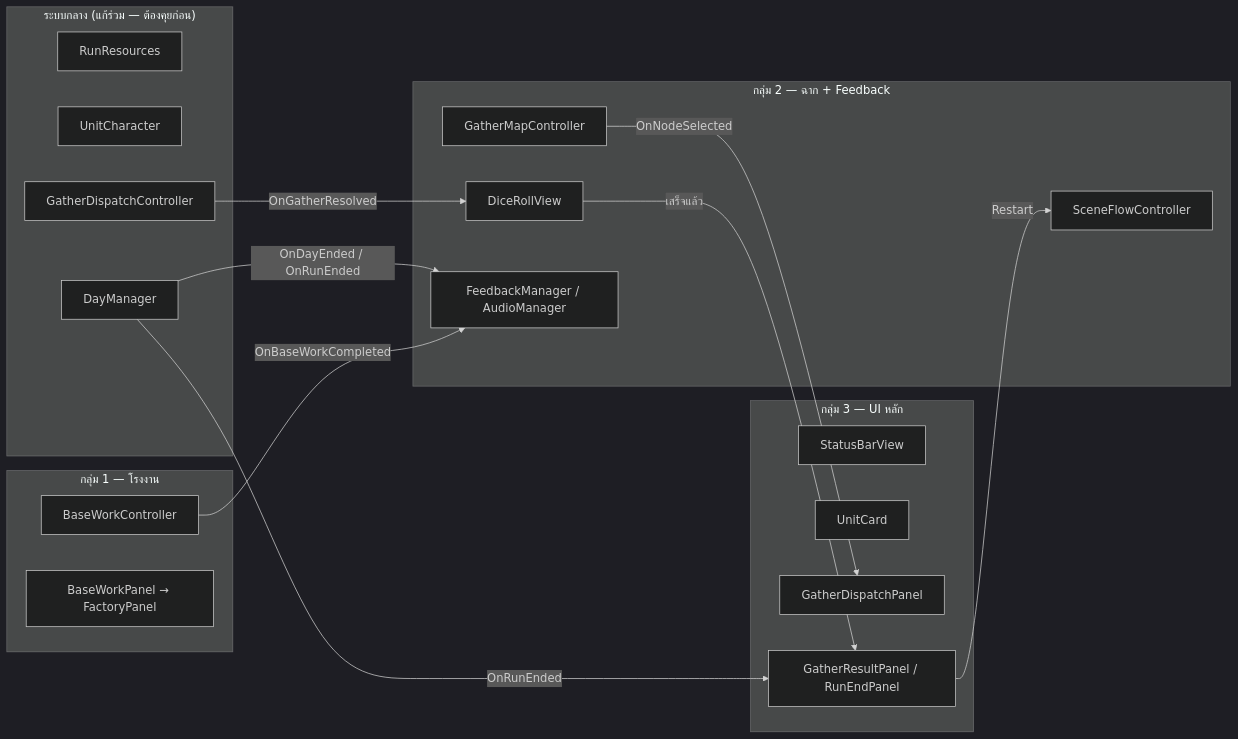
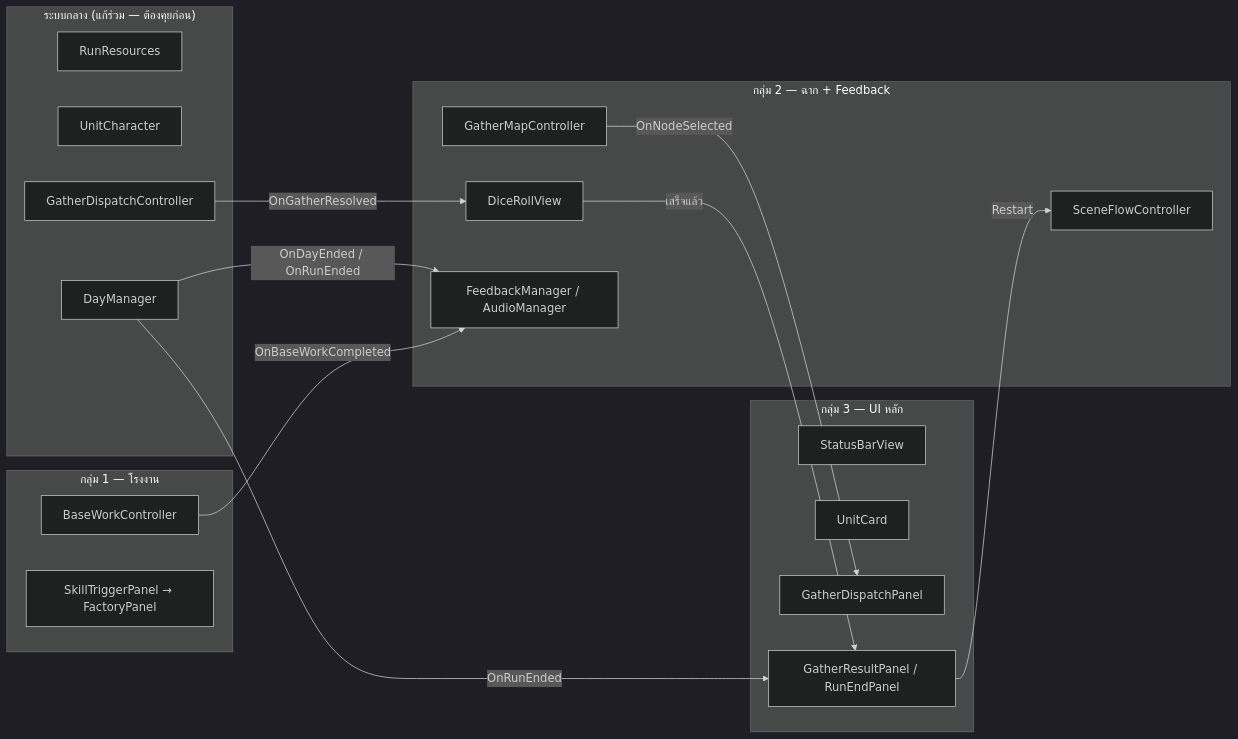
Before and after one commit to nopponaim603/clogged: the first of 2 diagrams in docs/agile/user-stories/V2-TASK-OVERVIEW.md, drawn with Mermaid (dark theme). The commit also changed other lines of this file and 9 other files, not shown here.

````diff
--- a/docs/agile/user-stories/V2-TASK-OVERVIEW.md
+++ b/docs/agile/user-stories/V2-TASK-OVERVIEW.md
@@ -17,32 +18,32 @@
 ```mermaid
 flowchart LR
     subgraph G1["กลุ่ม 1 — โรงงาน"]
         BWC[BaseWorkController]
-        BWP[BaseWorkPanel → FactoryPanel]
+        BWP[SkillTriggerPanel → FactoryPanel]
     end
     subgraph G2["กลุ่ม 2 — ฉาก + Feedback"]
         GMC[GatherMapController]
         DRV[DiceRollView]
         FX[FeedbackManager / AudioManager]
         SF[SceneFlowController]
     end
     subgraph G3["กลุ่ม 3 — UI หลัก"]
         SBV[StatusBarView]
         UC[UnitCard]
         GDP[GatherDispatchPanel]
         RP[GatherResultPanel / RunEndPanel]
     end
     subgraph Shared["ระบบกลาง (แก้ร่วม — ต้องคุยก่อน)"]
         RR[RunResources]
         UCh[UnitCharacter]
         DM[DayManager]
         GDC[GatherDispatchController]
     end
     BWC -- OnBaseWorkCompleted --> FX
     GDC -- OnGatherResolved --> DRV
     DRV -- เสร็จแล้ว --> RP
     DM -- OnDayEnded / OnRunEnded --> FX
     DM -- OnRunEnded --> RP
     RP -- Restart --> SF
     GMC -- OnNodeSelected --> GDP
 ```
````
